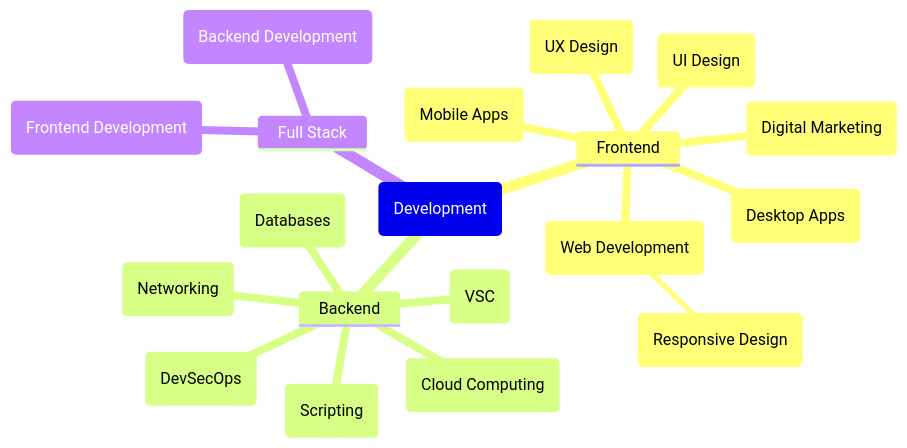
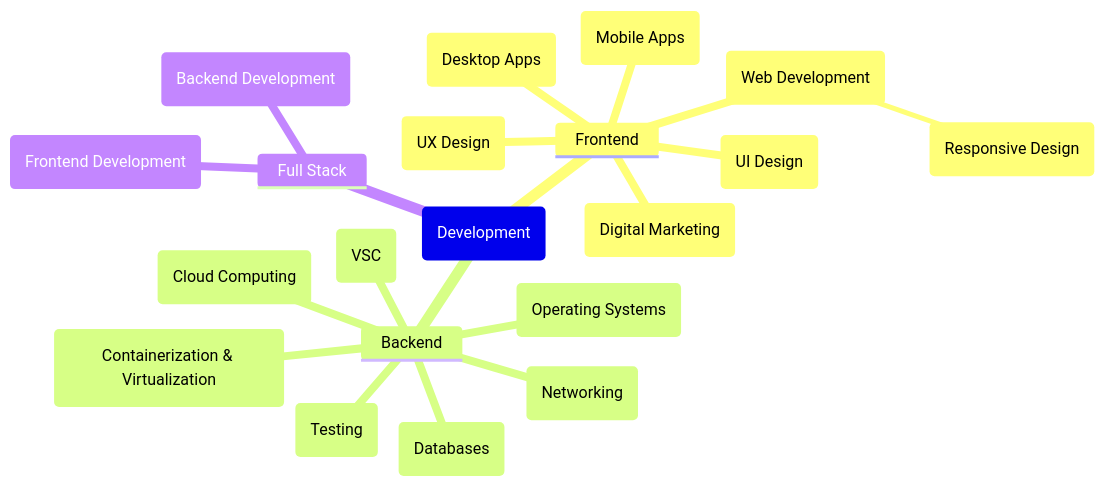
One commit to Azriel1909/Pink-academy changed the diagram in README.md. Above: the diagram before and after it, drawn with Mermaid.

Commit message:
Mindmap updated

````diff
--- a/README.md
+++ b/README.md
@@ -9,22 +9,23 @@
 ```mermaid
 mindmap
 root(Development)
 	Frontend 
 		(UX Design)
 		(UI Design)
 		(Digital Marketing)
 		(Mobile Apps)
 		(Desktop Apps)
 		(Web Development)
 			(Responsive Design)
 	Backend 
 		(VSC)
-		(Scripting)
 		(Databases)
-		(DevSecOps)
 		(Networking)
 		(Cloud Computing)
+		(Operating Systems)
+		(Testing)
+		(Containerization & Virtualization)
 	Full Stack 
 		(Frontend Development)
 		(Backend Development)
 ```
````
